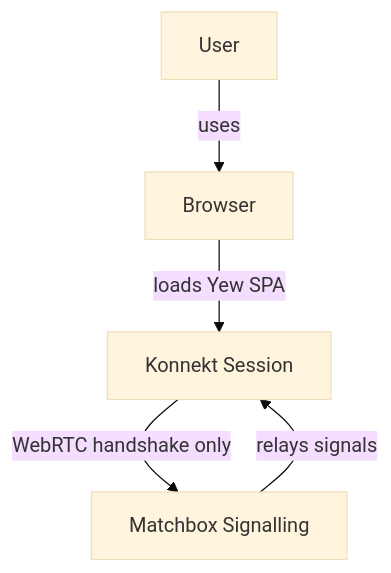
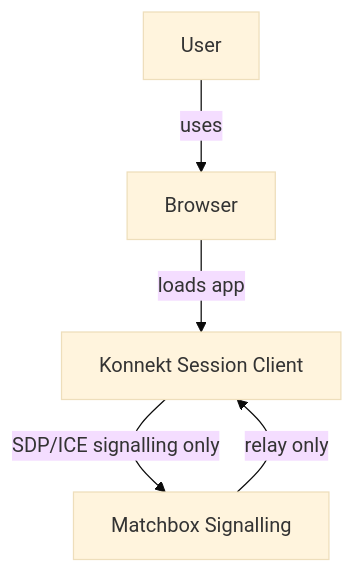
Before and after one commit to konnektoren/konnekt-session: the first of 5 diagrams in konnekt-session-workspace/architecture/overview.md, drawn with Mermaid (base theme). The commit also changed other lines of this file and 3 other files, not shown here.

Commit message:
:memo: adds architecture notes

````diff
--- a/konnekt-session-workspace/architecture/overview.md
+++ b/konnekt-session-workspace/architecture/overview.md
@@ -12,7 +12,7 @@
 ```mermaid
 graph TD
     User -->|uses| Browser
-    Browser -->|loads Yew SPA| KS[Konnekt Session]
-    KS -->|WebRTC handshake only| Matchbox[Matchbox Signalling]
-    Matchbox -->|relays signals| KS
+    Browser -->|loads app| KS[Konnekt Session Client]
+    KS -->|SDP/ICE signalling only| Matchbox[Matchbox Signalling]
+    Matchbox -->|relay only| KS
 ```
````
